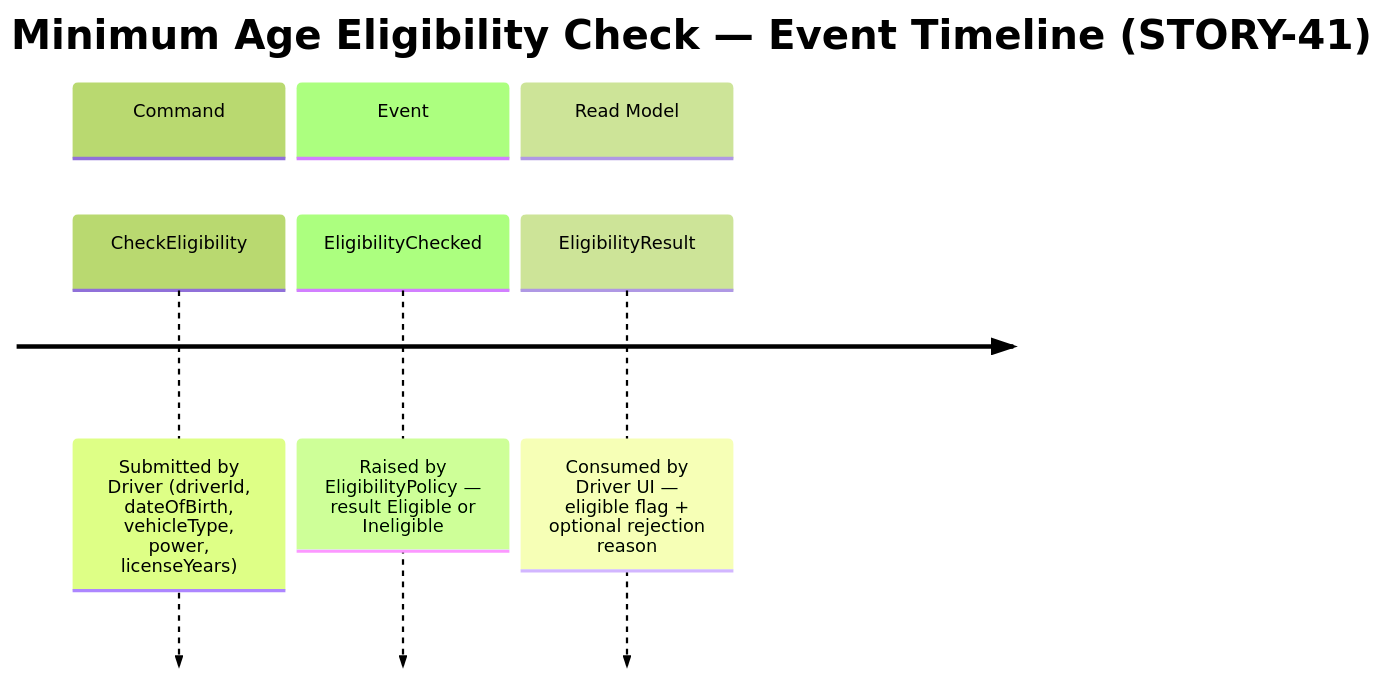
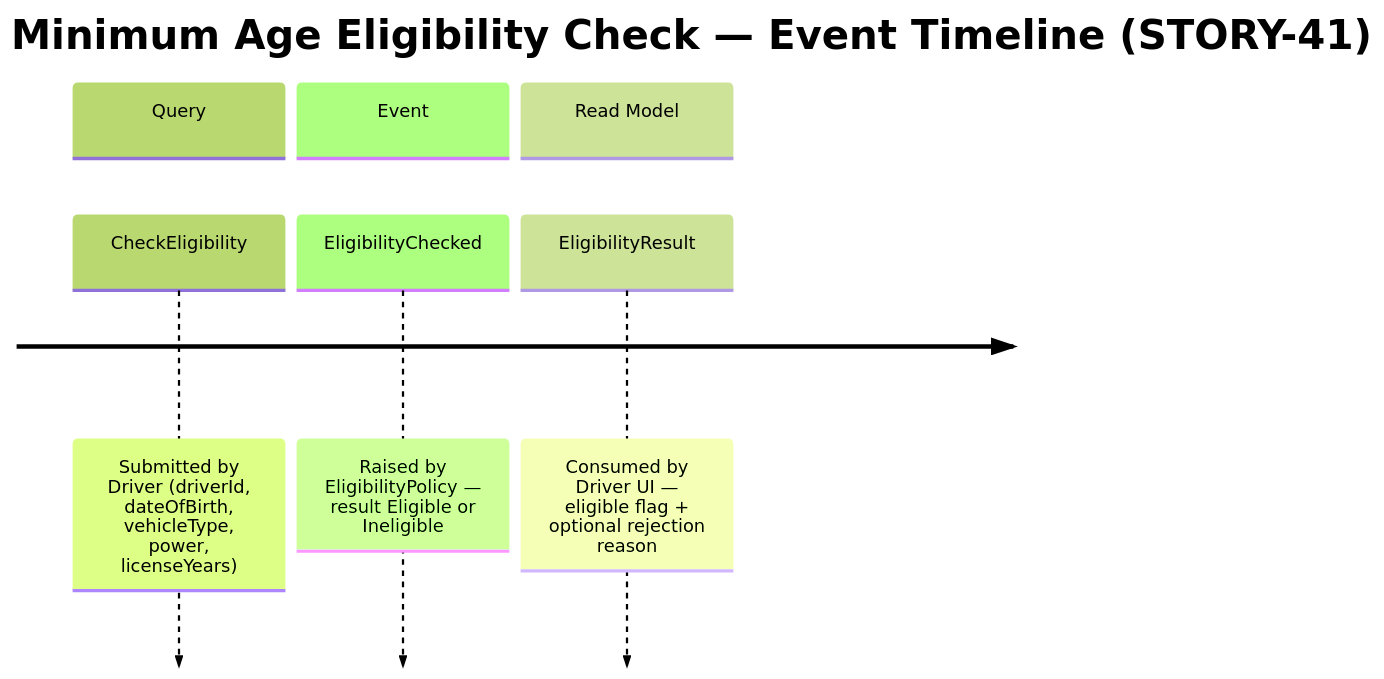
The diagram in .skraft/sdlc/design/event-model-story-41.md (SebastienDegodez/meetup-coding-with-ai), drawn with Mermaid (forest theme) before and after one commit. The commit also changed other lines of this file and 2 other files, not shown here.

Commit message:
design(story-41): add consistency matrix and fix classification drift
- Add consistency-matrix-story-41.md (Phase 9 gate — all PASS)
- Fix CheckEligibility: section Command → section Query in event-model (ADR-001 ratifies as Query)
- Fix Driver: Entity → Value Object in diagrams (ADR-002 ratifies as Value Object)

````diff
--- a/.skraft/sdlc/design/event-model-story-41.md
+++ b/.skraft/sdlc/design/event-model-story-41.md
@@ -16,10 +16,10 @@
 ```mermaid
 timeline
     title Minimum Age Eligibility Check — Event Timeline (STORY-41)
-    section Command
+    section Query
         CheckEligibility : Submitted by Driver (driverId, dateOfBirth, vehicleType, power, licenseYears)
     section Event
         EligibilityChecked : Raised by EligibilityPolicy — result Eligible or Ineligible
     section Read Model
         EligibilityResult : Consumed by Driver UI — eligible flag + optional rejection reason
 ```
````
